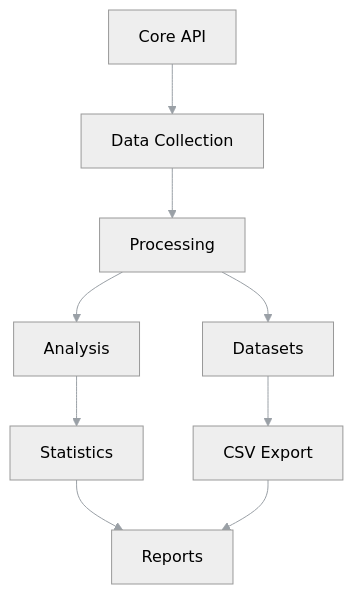
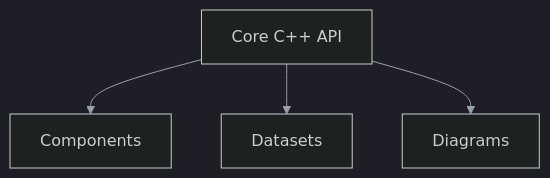
Before and after one commit to lukaszj321/otcv8-dev: the diagram in docs/authoring/01_core/index.md, drawn with Mermaid. The commit also changed other lines of this file and 92 other files, not shown here.

Commit message:
docs(agent): complete full rebuild of chapters 01-15 with datasets and reports

````diff
--- a/docs/authoring/01_core/index.md
+++ b/docs/authoring/01_core/index.md
@@ -85,12 +23,7 @@
 ```{mermaid}
-        %%{init: { 'theme': 'neutral', 'themeVariables': { 'primaryTextColor': '#ddd', 'lineColor': '#9aa0a6' } }}%%
+%%{init: {'theme':'dark','securityLevel':'loose','themeVariables':{'primaryTextColor':'#ddd','lineColor':'#9aa0a6'}}}%%
 graph TD
-    A[Core API] --> B[Data Collection]
-    B --> C[Processing]
-    C --> D[Datasets]
-    C --> E[Analysis]
-    D --> F[CSV Export]
-    E --> G[Statistics]
-    G --> H[Reports]
-    F --> H
+    A[Core C++ API] --> B[Components]
+    A --> C[Datasets]
+    A --> D[Diagrams]
 ```
````
